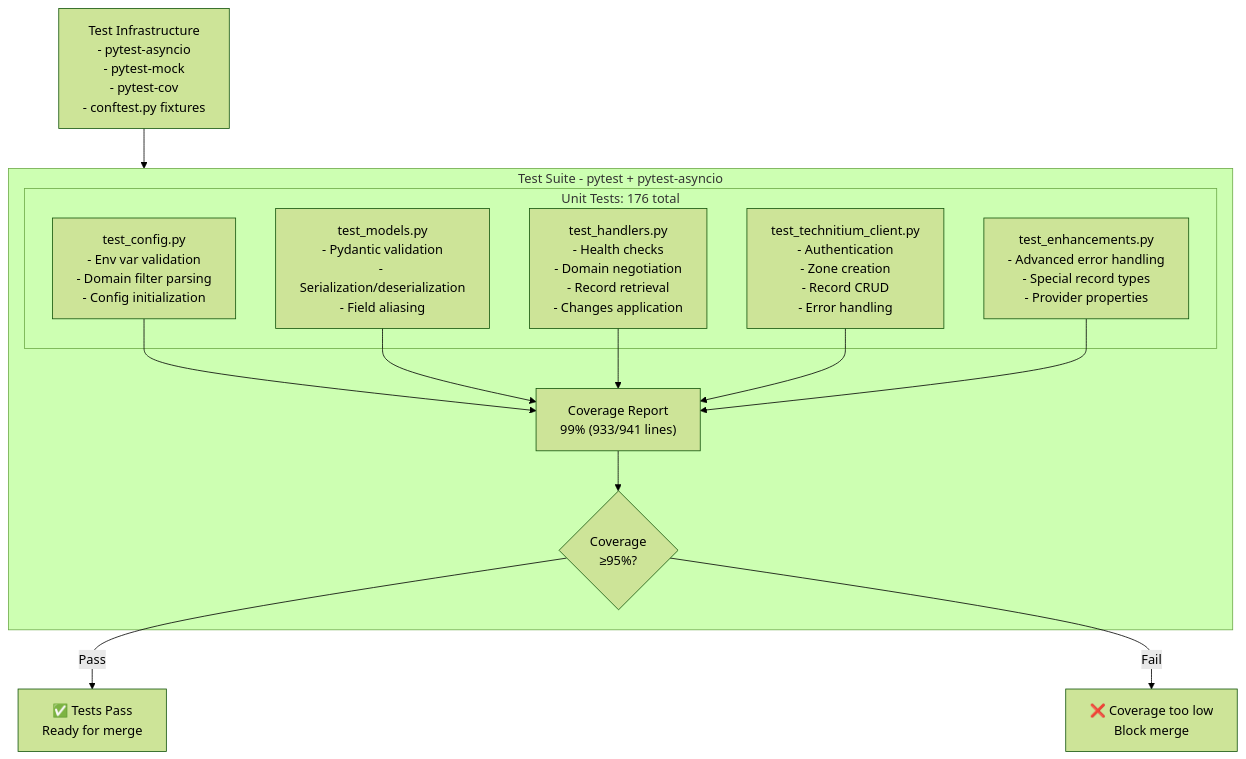
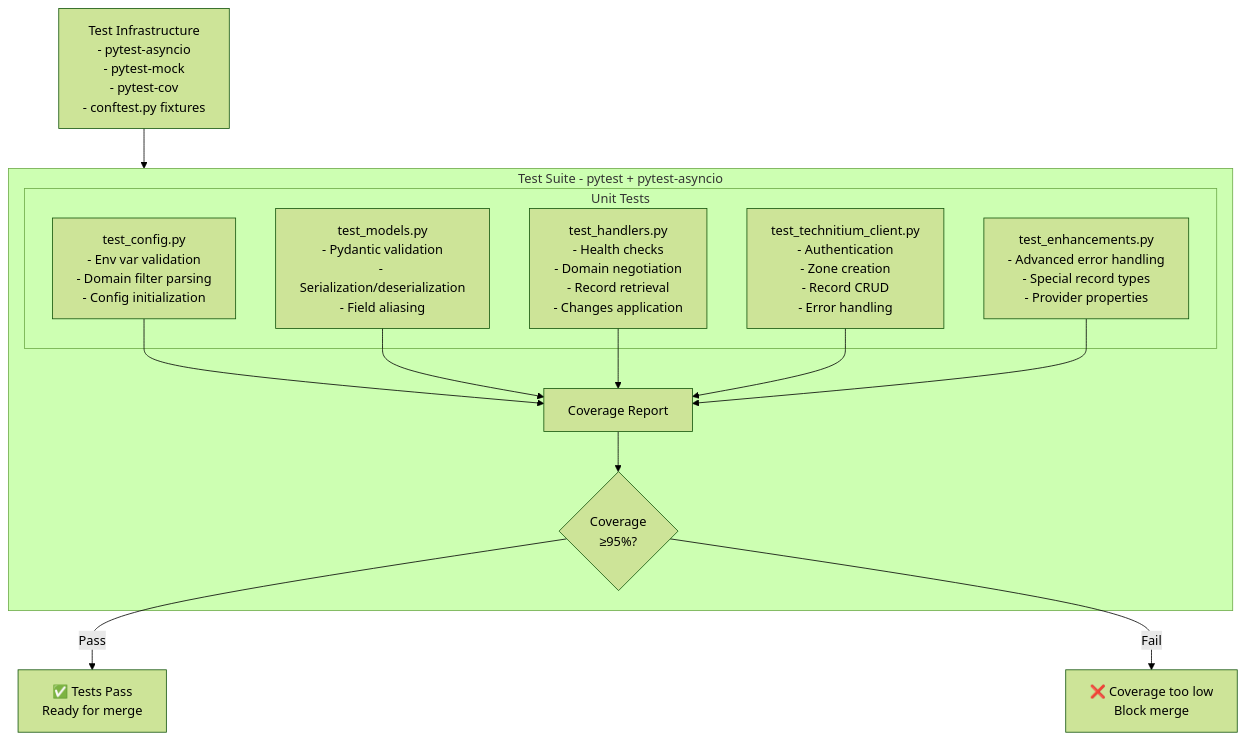
Before and after one commit to djr747/external-dns-technitium-webhook: the ninth of 10 diagrams in docs/architecture/ARCHITECTURE.md, drawn with Mermaid (forest theme). The commit also changed other lines of this file and 27 other files, not shown here.

````diff
--- a/docs/architecture/ARCHITECTURE.md
+++ b/docs/architecture/ARCHITECTURE.md
@@ -349,26 +347,26 @@
 ```mermaid
 graph TB
     subgraph TestSuite["Test Suite - pytest + pytest-asyncio"]
-        subgraph UnitTests["Unit Tests: 176 total"]
+        subgraph UnitTests["Unit Tests"]
             Config["test_config.py<br/>- Env var validation<br/>- Domain filter parsing<br/>- Config initialization"]
             Models["test_models.py<br/>- Pydantic validation<br/>- Serialization/deserialization<br/>- Field aliasing"]
             Handlers["test_handlers.py<br/>- Health checks<br/>- Domain negotiation<br/>- Record retrieval<br/>- Changes application"]
             Client["test_technitium_client.py<br/>- Authentication<br/>- Zone creation<br/>- Record CRUD<br/>- Error handling"]
             Enhanced["test_enhancements.py<br/>- Advanced error handling<br/>- Special record types<br/>- Provider properties"]
         end
         
-        Config --> Coverage["Coverage Report<br/>99% (933/941 lines)"]
+        Config --> Coverage["Coverage Report"]
         Models --> Coverage
         Handlers --> Coverage
         Client --> Coverage
         Enhanced --> Coverage
         
         Coverage --> Gate{Coverage<br/>≥95%?}
     end
     
     Infrastructure["Test Infrastructure<br/>- pytest-asyncio<br/>- pytest-mock<br/>- pytest-cov<br/>- conftest.py fixtures"]
     Infrastructure --> TestSuite
     
     Gate -->|Pass| Success["✅ Tests Pass<br/>Ready for merge"]
     Gate -->|Fail| Failure["❌ Coverage too low<br/>Block merge"]
 ```
````
